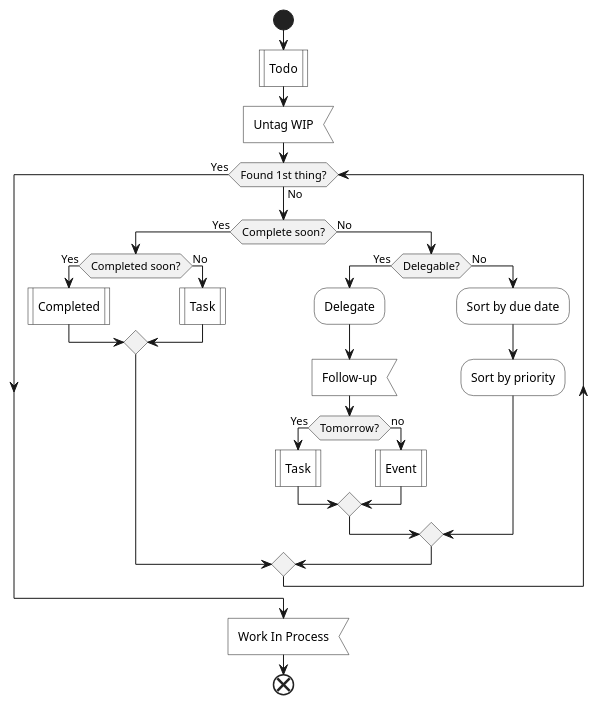
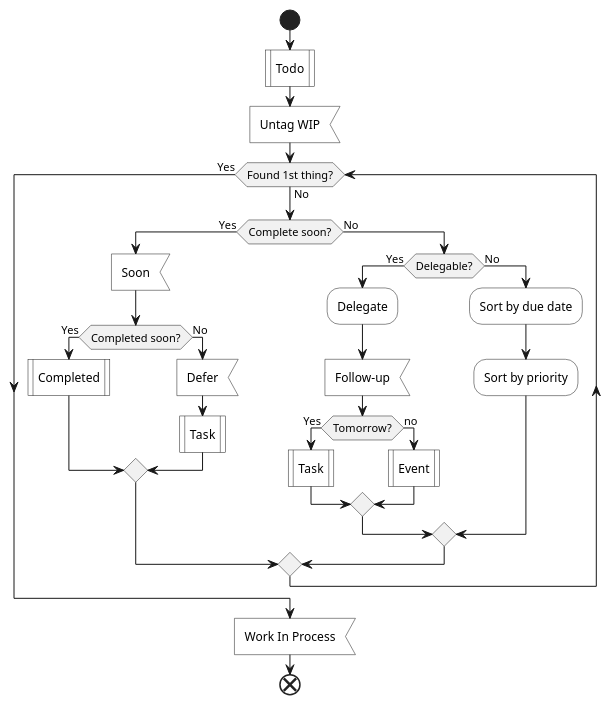
One commit to IceHe/icehe-lib changed the fourth of 6 diagrams in lifelogs/rehabilitation.md. Above: the diagram before and after it, drawn with PlantUML. The commit also changed other lines of this file, not shown here.

````diff
--- a/lifelogs/rehabilitation.md
+++ b/lifelogs/rehabilitation.md
@@ -310,32 +311,34 @@
 ```plantuml
 @startuml
 start
 #white:Todo|
 #white:Untag WIP<
 while (Found 1st thing?) is (No)
     if (Complete soon?) then (Yes)
+        #white:Soon<
         if (Completed soon?) then (Yes)
             #white:Completed|
         else (No)
+            #white:Defer<
             #white:Task|
             '果断放弃, 不要再浪费时间进去
         endif
     else (No)
         if (Delegable?) then (Yes)
             #white:Delegate;
             #white:Follow-up<
             if (Tomorrow?) then (Yes)
                 #white:Task|
             else (no)
                 #white:Event|
             endif
         else (No)
             #white:Sort by due date;
             #white:Sort by priority;
         endif
     endif
 endwhile (Yes)
 #white:Work In Process<
 end
 @enduml
 ```
````
